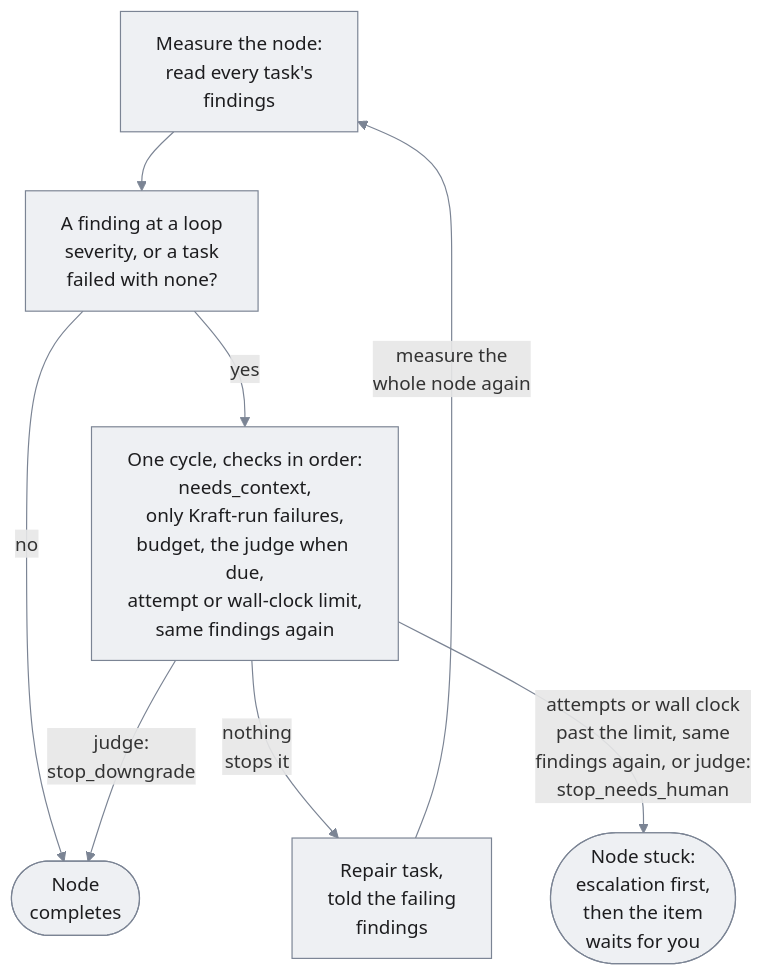
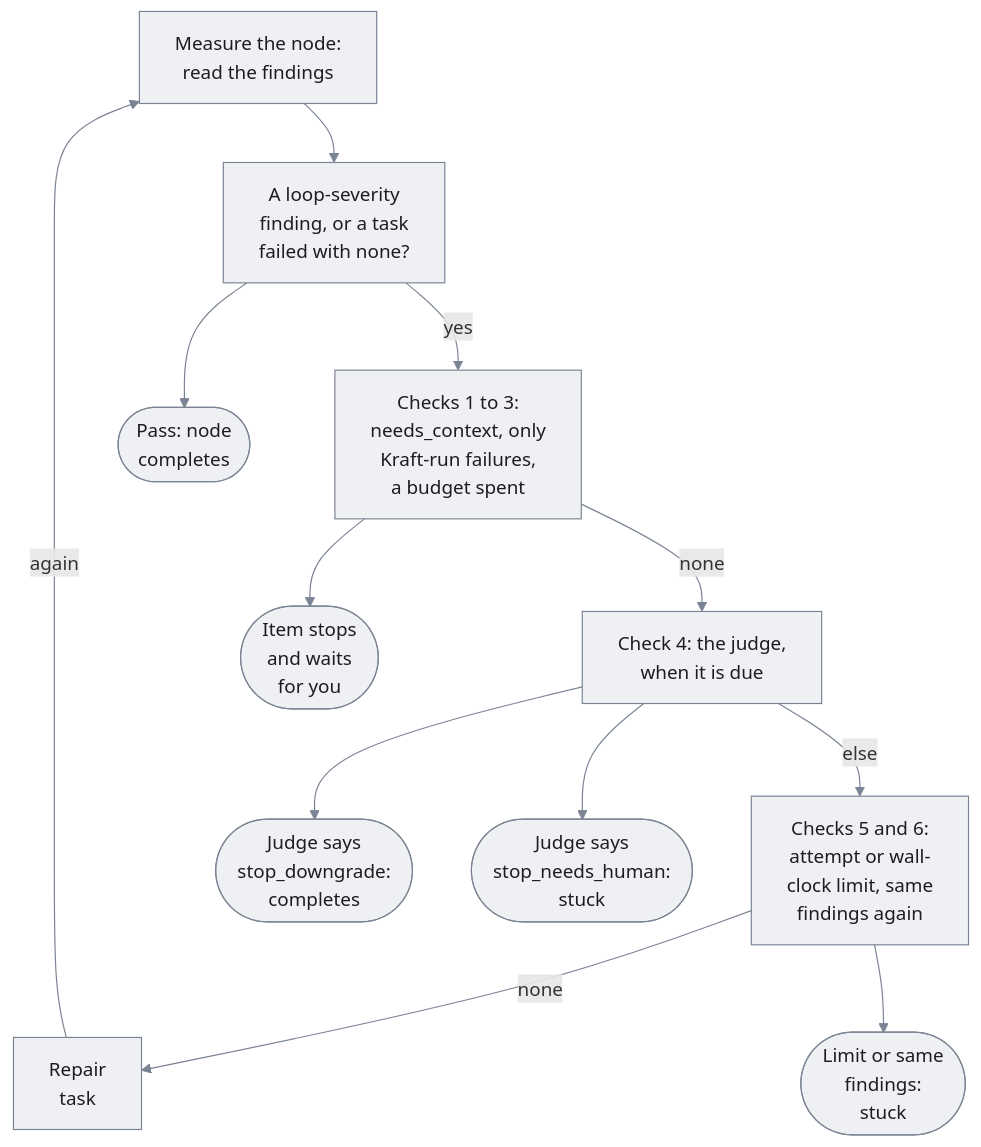
Before and after one commit to itsOmidKarami/kraft: the diagram in docsite/diagrams/portrait/fix-loop.mmd, drawn with Mermaid. The commit also changed 12 other files, not shown here.

Commit message:
Docs pictures: recipe commands carry KRAFT_HOME and KRAFT_PORT, the proxy and fix-loop diagrams end where the code does, and the diagrams read at 9.5px on a phone

```diff
--- a/docsite/diagrams/portrait/fix-loop.mmd
+++ b/docsite/diagrams/portrait/fix-loop.mmd
@@ -1,19 +1,28 @@
 flowchart TD
-  measure["Measure the node:<br/>read every task's<br/>findings"]
-  open["A finding at a loop<br/>severity, or a task<br/>failed with none?"]
-  cycle["One cycle, checks in order:<br/>needs_context,<br/>only Kraft-run failures,<br/>budget, the judge when due,<br/>attempt or wall-clock limit,<br/>same findings again"]
-  repair["Repair task,<br/>told the failing<br/>findings"]
-  pass(["Node<br/>completes"])
-  stuck(["Node stuck:<br/>escalation first,<br/>then the item<br/>waits for you"])
+  measure["Measure the node:<br/>read the findings"]
+  open["A loop-severity<br/>finding, or a task<br/>failed with none?"]
+  c1["Checks 1 to 3:<br/>needs_context, only<br/>Kraft-run failures,<br/>a budget spent"]
+  judge["Check 4: the judge,<br/>when it is due"]
+  c2["Checks 5 and 6:<br/>attempt or wall-<br/>clock limit, same<br/>findings again"]
+  repair["Repair<br/>task"]
+  pass(["Pass: node<br/>completes"])
+  wait(["Item stops<br/>and waits<br/>for you"])
+  down(["Judge says<br/>stop_downgrade:<br/>completes"])
+  human(["Judge says<br/>stop_needs_human:<br/>stuck"])
+  cap(["Limit or same<br/>findings:<br/>stuck"])
 
   measure --> open
-  open -->|"no"| pass
-  open -->|"yes"| cycle
-  cycle -->|"nothing<br/>stops it"| repair
-  repair -->|"measure the<br/>whole node again"| measure
-  cycle -->|"judge:<br/>stop_downgrade"| pass
-  cycle -->|"attempts or wall clock<br/>past the limit, same<br/>findings again, or judge:<br/>stop_needs_human"| stuck
+  open -->|"yes"| c1
+  c1 -->|"none"| judge
+  judge -->|"else"| c2
+  c2 -->|"none"| repair
+  repair -->|"again"| measure
+  open --> pass
+  c1 --> wait
+  judge --> down
+  judge --> human
+  c2 --> cap
 
   classDef box fill:#eef0f3,stroke:#7b8494,color:#1d1d1f
-  class measure,open,cycle,repair,pass,stuck box
+  class measure,open,c1,judge,c2,repair,pass,wait,down,human,cap box
   linkStyle default stroke:#7b8494
```
